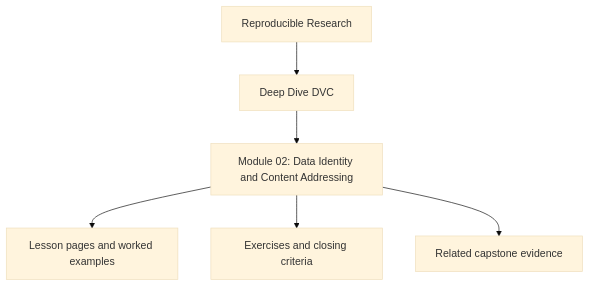
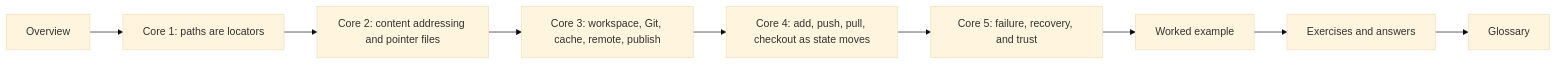
Before and after one commit to bijux/bijux-masterclass: the diagram in programs/reproducible-research/deep-dive-dvc/course-book/module-02-data-identity-content-addressing/index.md, drawn with Mermaid (base theme). The commit also changed other lines of this file, not shown here.

Commit message:
docs(dvc-module-02): rewrite overview as module map

````diff
--- a/programs/reproducible-research/deep-dive-dvc/course-book/module-02-data-identity-content-addressing/index.md
+++ b/programs/reproducible-research/deep-dive-dvc/course-book/module-02-data-identity-content-addressing/index.md
@@ -7,8 +36,11 @@
 ```mermaid
-flowchart TD
-  family["Reproducible Research"] --> program["Deep Dive DVC"]
-  program --> module["Module 02: Data Identity and Content Addressing"]
-  module --> lessons["Lesson pages and worked examples"]
-  module --> checkpoints["Exercises and closing criteria"]
-  module --> capstone["Related capstone evidence"]
+flowchart LR
+  overview["Overview"] --> core1["Core 1: paths are locators"]
+  core1 --> core2["Core 2: content addressing and pointer files"]
+  core2 --> core3["Core 3: workspace, Git, cache, remote, publish"]
+  core3 --> core4["Core 4: add, push, pull, checkout as state moves"]
+  core4 --> core5["Core 5: failure, recovery, and trust"]
+  core5 --> example["Worked example"]
+  example --> practice["Exercises and answers"]
+  practice --> glossary["Glossary"]
 ```
````
